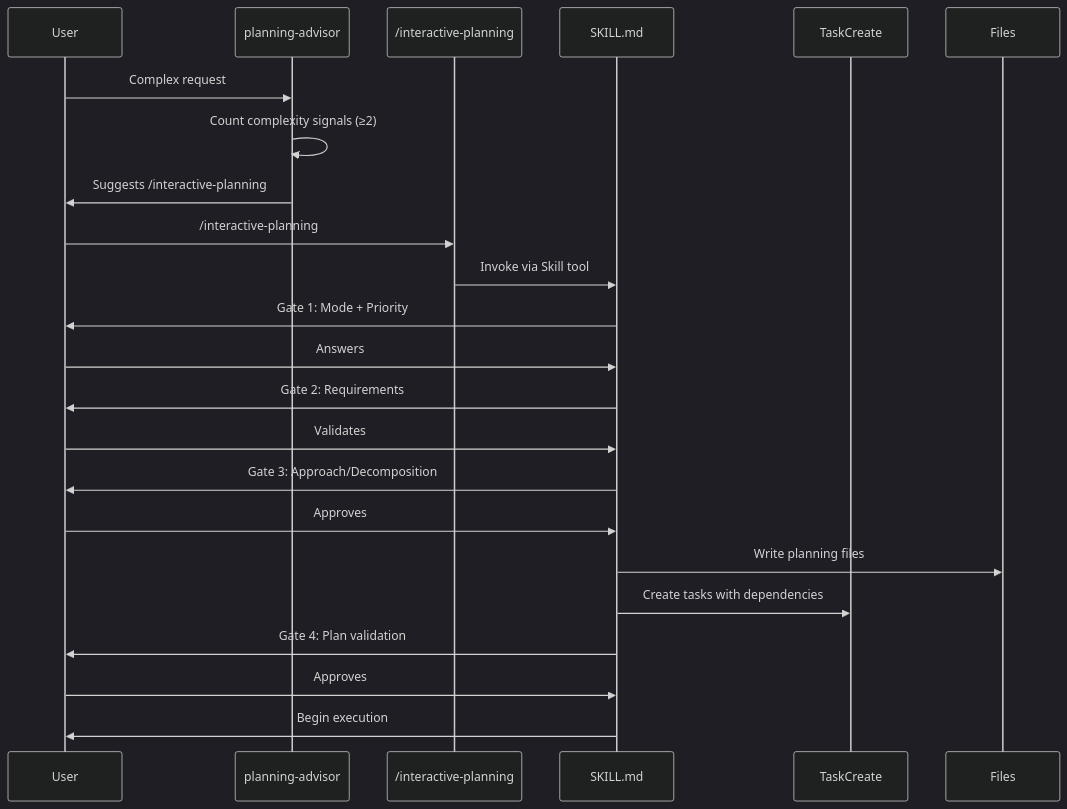
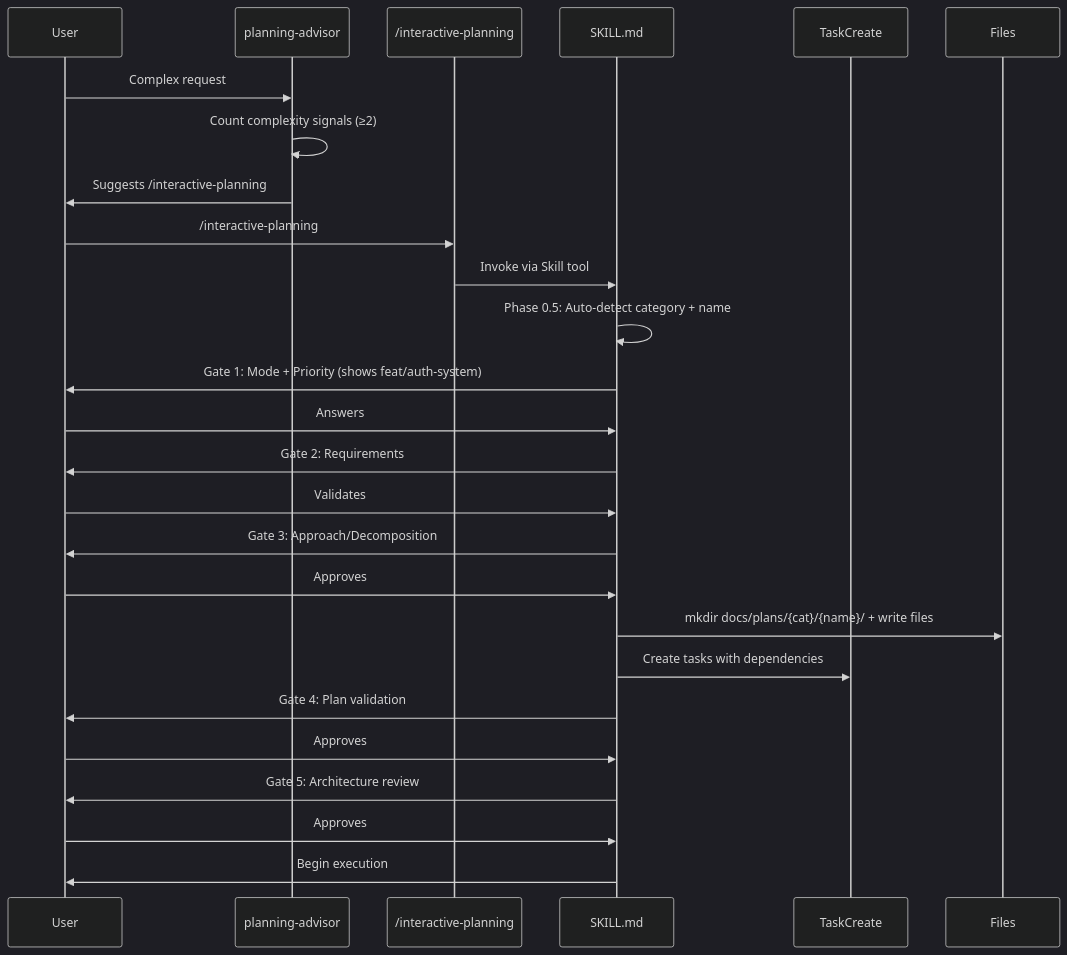
One commit to shihwesley/interactive-planning changed the second of 3 diagrams in docs/CODEBASE_MAP.md. Above: the diagram before and after it, drawn with Mermaid (dark theme). The commit also changed other lines of this file and 9 other files, not shown here.

````diff
--- a/docs/CODEBASE_MAP.md
+++ b/docs/CODEBASE_MAP.md
@@ -166,26 +184,29 @@
 ```mermaid
 sequenceDiagram
     participant U as User
     participant A as planning-advisor
     participant C as /interactive-planning
     participant S as SKILL.md
     participant T as TaskCreate
     participant F as Files
 
     U->>A: Complex request
     A->>A: Count complexity signals (≥2)
     A->>U: Suggests /interactive-planning
     U->>C: /interactive-planning
     C->>S: Invoke via Skill tool
-    S->>U: Gate 1: Mode + Priority
+    S->>S: Phase 0.5: Auto-detect category + name
+    S->>U: Gate 1: Mode + Priority (shows feat/auth-system)
     U->>S: Answers
     S->>U: Gate 2: Requirements
     U->>S: Validates
     S->>U: Gate 3: Approach/Decomposition
     U->>S: Approves
-    S->>F: Write planning files
+    S->>F: mkdir docs/plans/{cat}/{name}/ + write files
     S->>T: Create tasks with dependencies
     S->>U: Gate 4: Plan validation
     U->>S: Approves
+    S->>U: Gate 5: Architecture review
+    U->>S: Approves
     S->>U: Begin execution
 ```
````
